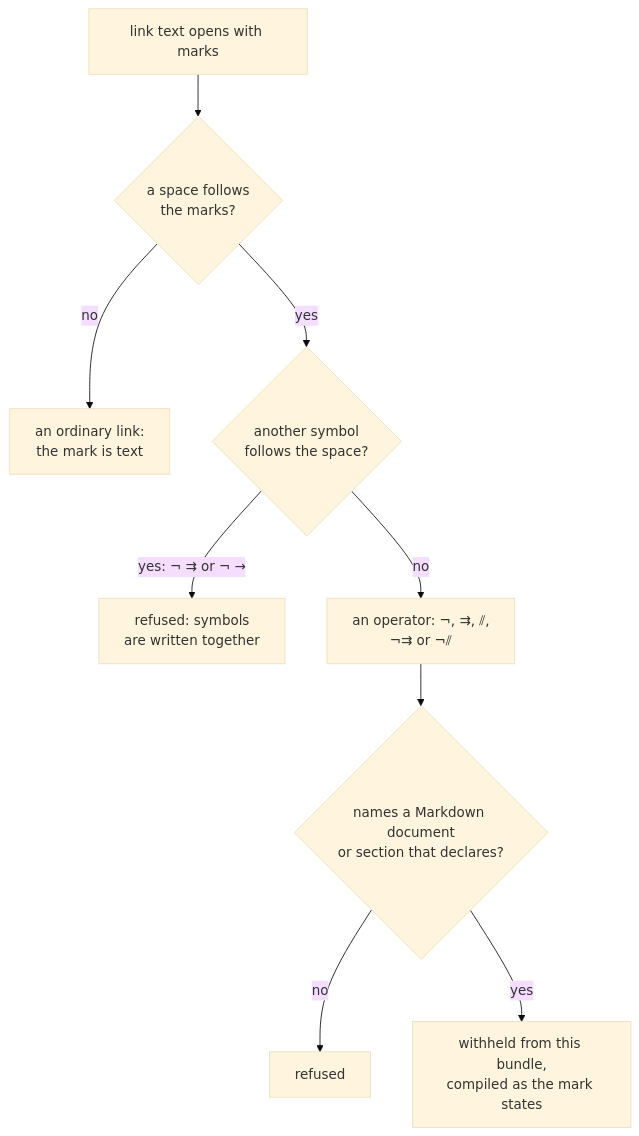
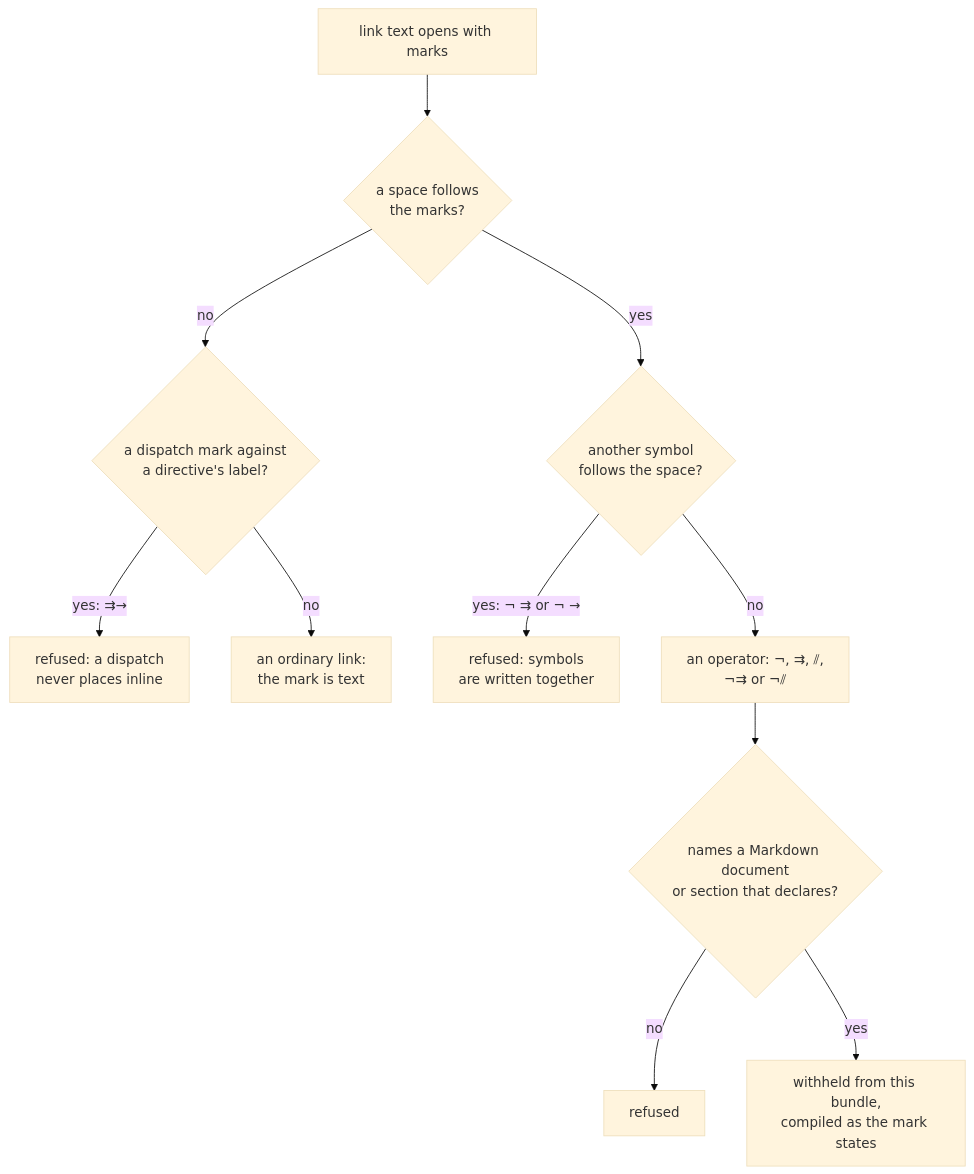
Before and after one commit to m2ux/prosiform: the second of 2 diagrams in docs/references.md, drawn with Mermaid (base theme). The commit also changed other lines of this file and 10 other files, not shown here.

First line of the commit message:
refuse a dispatch mark written against a composition directive's label

````diff
--- a/docs/references.md
+++ b/docs/references.md
@@ -83,11 +83,13 @@
 ```mermaid
 flowchart TD
   Text["link text opens with marks"] --> Space{"a space follows<br/>the marks?"}
-  Space -- no --> Plain["an ordinary link:<br/>the mark is text"]
+  Space -- no --> Against{"a dispatch mark against<br/>a directive's label?"}
+  Against -- "yes: ⇉→" --> Contradicts["refused: a dispatch<br/>never places inline"]
+  Against -- no --> Plain["an ordinary link:<br/>the mark is text"]
   Space -- yes --> Second{"another symbol<br/>follows the space?"}
   Second -- "yes: ¬ ⇉ or ¬ →" --> Refused["refused: symbols<br/>are written together"]
   Second -- no --> Operator["an operator: ¬, ⇉, ⫽,<br/>¬⇉ or ¬⫽"]
   Operator --> Target{"names a Markdown document<br/>or section that declares?"}
   Target -- no --> RefusedToo["refused"]
   Target -- yes --> Withheld["withheld from this bundle,<br/>compiled as the mark states"]
 ```
````
